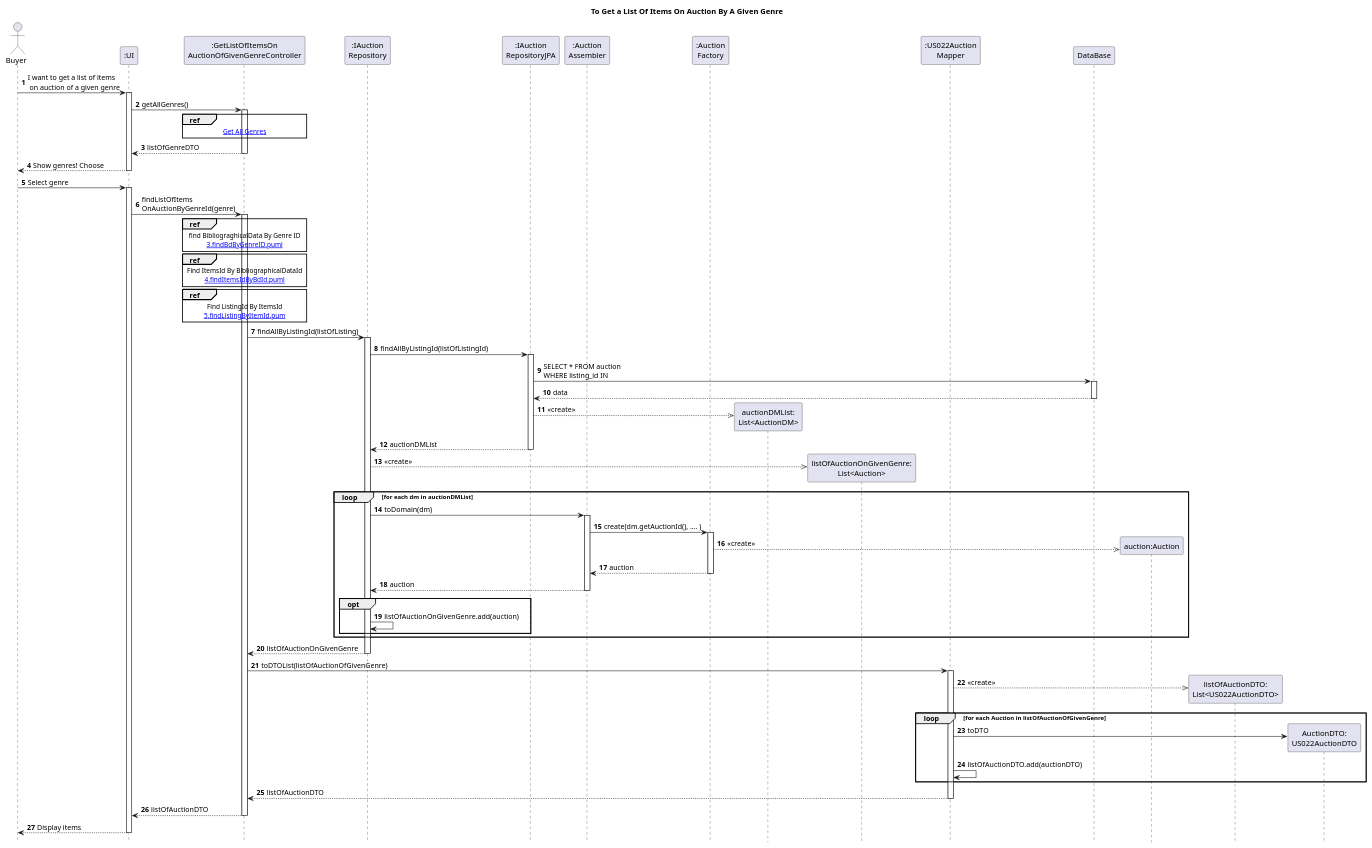
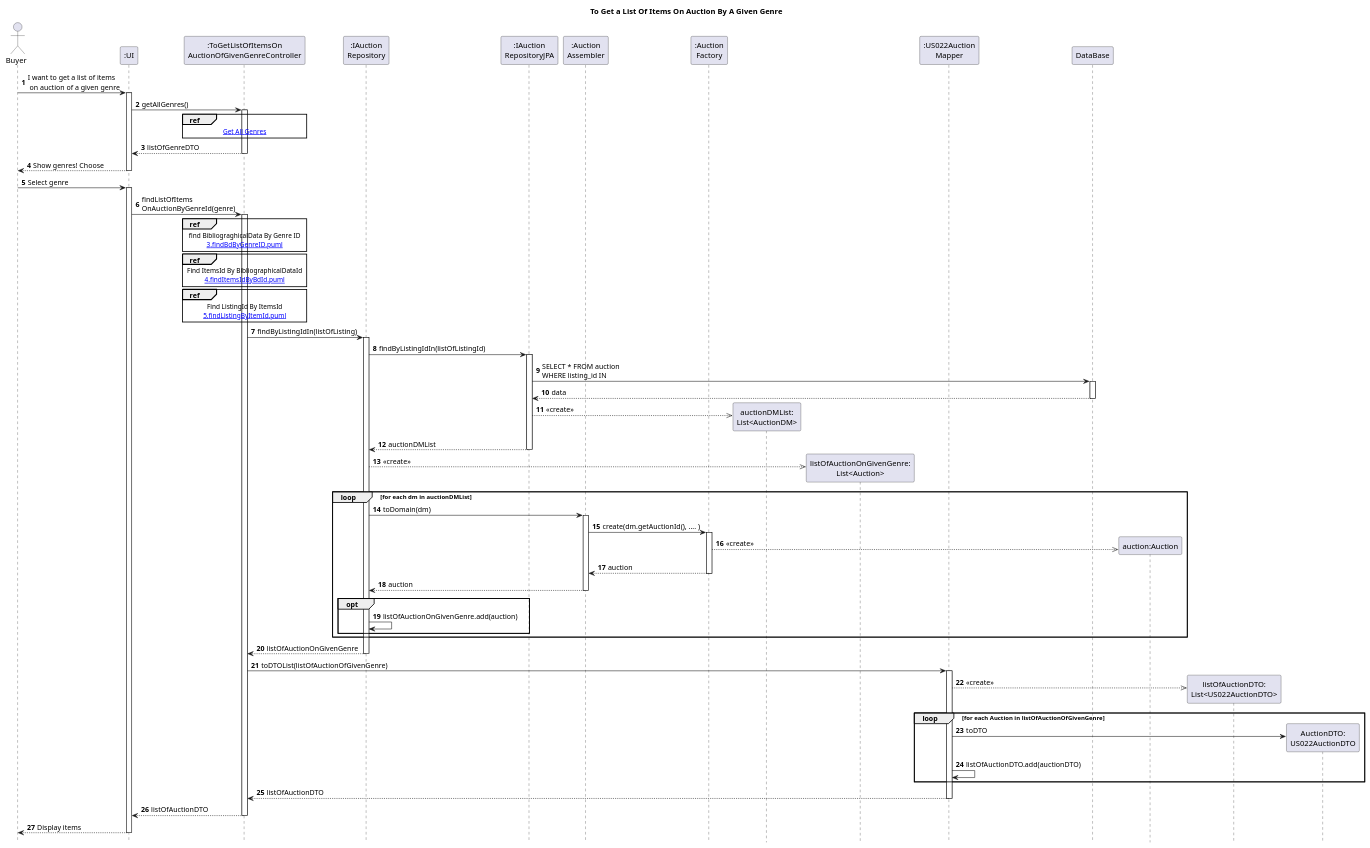
The diagram in Diagrams/SequenceDiagrams/N2/To-get-list-of-items-on-auction-of-a-given-genre/1.MainDiagram.puml (AndrePereiraGitH/SWitCH-Project-Team_A), drawn with PlantUML before and after one commit. The commit also changed 6 other files, not shown here.

```diff
--- a/Diagrams/SequenceDiagrams/N2/To-get-list-of-items-on-auction-of-a-given-genre/1.MainDiagram.puml
+++ b/Diagrams/SequenceDiagrams/N2/To-get-list-of-items-on-auction-of-a-given-genre/1.MainDiagram.puml
@@ -1,108 +1,109 @@
 @startuml
 hide footbox
 autonumber
 title To Get a List Of Items On Auction By A Given Genre
 
 actor Buyer
 participant ":UI" as UI
-participant ":GetListOfItemsOn\nAuctionOfGivenGenreController" as Controller
+participant ":ToGetListOfItemsOn\nAuctionOfGivenGenreController" as Controller
 
 participant ":IAuction\nRepository" as AuctionRepo
 participant ":IAuction\nRepositoryJPA" as AJPA
 participant ":Auction\nAssembler" as AuctionAssembler
 participant ":Auction\nFactory" as Factory
 participant "auctionDMList:\nList<AuctionDM>"
 participant "listOfAuctionOnGivenGenre:\nList<Auction>"
 participant ":US022Auction\nMapper" as AuctionMapper
 participant "DataBase" as DB
 
 Buyer -> UI : I want to get a list of items\n on auction of a given genre
 activate UI
 
 UI -> Controller : getAllGenres()
 activate Controller
 ref over Controller
 [[2.GetAllGenres.puml Get All Genres]]
 end ref
 Controller --> UI : listOfGenreDTO
 deactivate Controller
 
 UI --> Buyer : Show genres! Choose
 deactivate UI
 
 Buyer -> UI : Select genre
 activate UI
 
 UI -> Controller : findListOfItems\nOnAuctionByGenreId(genre)
 activate Controller
 
 ref over Controller
 find BibliograghicalData By Genre ID
 [[3.findBdByGenreID.puml]]
 end ref
 
 ref over Controller
 Find ItemsId By BibliographicalDataId
 [[4.findItemsIdByBdId.puml]]
 end ref
 
 
 ref over Controller
 Find ListingId By ItemsId
-[[5.findListingByItemId.pum]]
+[[5.findListingByItemId.puml]]
 end ref
 
 
-Controller -> AuctionRepo : findAllByListingId(listOfListing)
+Controller -> AuctionRepo : findByListingIdIn(listOfListing)
 activate AuctionRepo
-AuctionRepo -> AJPA : findAllByListingId(listOfListingId)
+AuctionRepo -> AJPA : findByListingIdIn(listOfListingId)
 activate AJPA
 AJPA -> DB : SELECT * FROM auction\nWHERE listing_id IN
 activate DB
 DB --> AJPA : data
 deactivate DB
 AJPA -->> "auctionDMList:\nList<AuctionDM>" ** : <<create>>
 AJPA --> AuctionRepo : auctionDMList
 deactivate AJPA
 
 AuctionRepo -->> "listOfAuctionOnGivenGenre:\nList<Auction>" ** : <<create>>
 
 loop for each dm in auctionDMList
     AuctionRepo -> AuctionAssembler : toDomain(dm)
     activate AuctionAssembler
     AuctionAssembler -> Factory : create(dm.getAuctionId(), .... )
     activate Factory
     Factory -->> "auction:Auction" ** : <<create>>
     Factory --> AuctionAssembler : auction
     deactivate Factory
     AuctionAssembler --> AuctionRepo : auction
     deactivate AuctionAssembler
 
     opt
     AuctionRepo -> AuctionRepo : listOfAuctionOnGivenGenre.add(auction)
     end
 end
 
 deactivate AJPA
 AuctionRepo --> Controller : listOfAuctionOnGivenGenre
 deactivate AuctionRepo
 
 Controller -> AuctionMapper : toDTOList(listOfAuctionOfGivenGenre)
 activate AuctionMapper
 AuctionMapper -->> "listOfAuctionDTO:\nList<US022AuctionDTO>" ** : <<create>>
 
 loop for each Auction in listOfAuctionOfGivenGenre
 
     AuctionMapper -> "AuctionDTO:\nUS022AuctionDTO" ** : toDTO
     AuctionMapper -> AuctionMapper : listOfAuctionDTO.add(auctionDTO)
 end
+
 AuctionMapper --> Controller : listOfAuctionDTO
 deactivate AuctionMapper
 
 Controller --> UI : listOfAuctionDTO
 deactivate Controller
 
 UI --> Buyer : Display items
 deactivate UI
 
 @enduml
```
